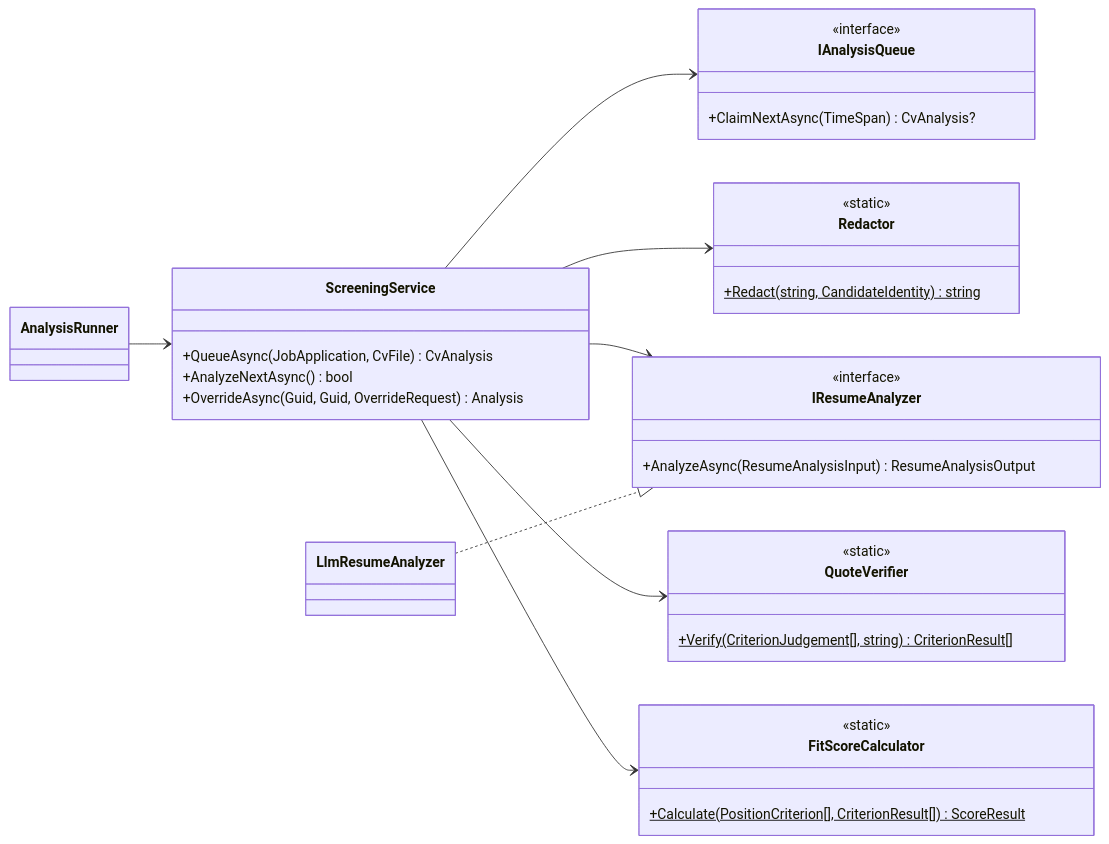
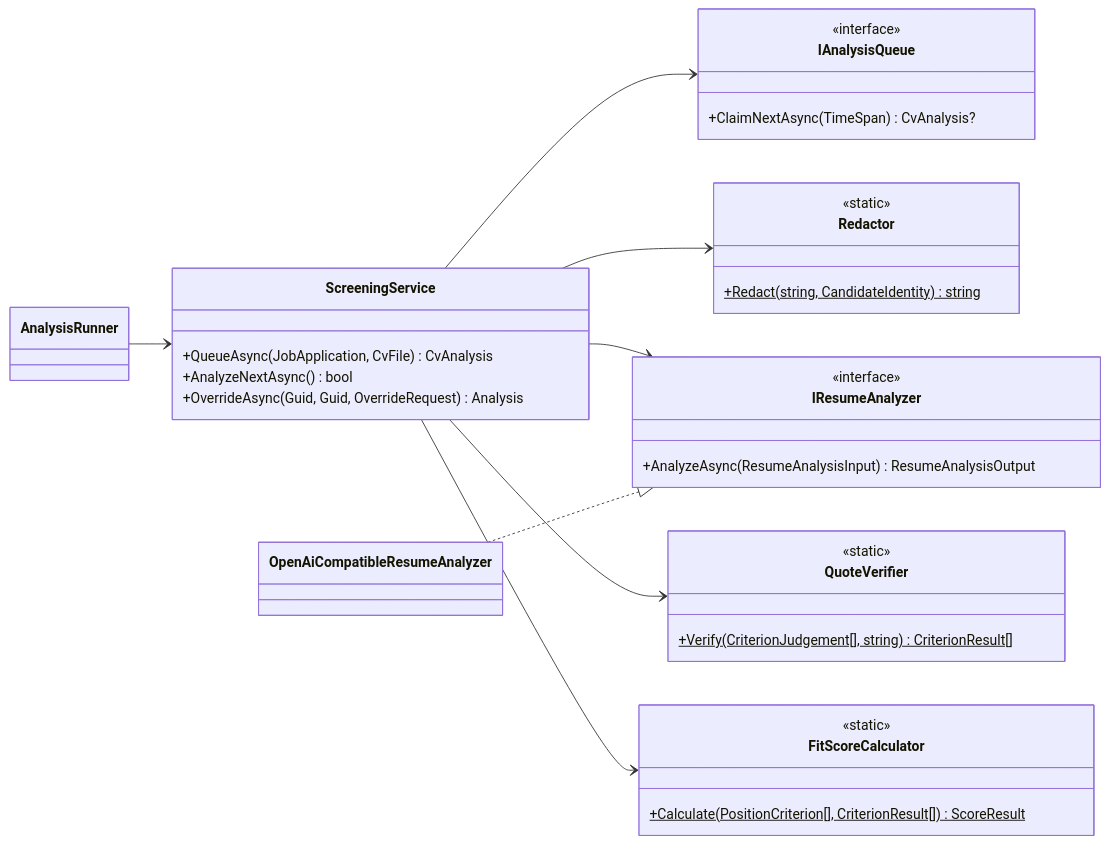
One commit to duongk18FPTU/recruitment-ats changed the seventh of 7 diagrams in README.md. Above: the diagram before and after it, drawn with Mermaid. The commit also changed other lines of this file and 3 other files, not shown here.

First line of the commit message:
Choose DeepSeek for development via one OpenAI-compatible AI adapter

````diff
--- a/README.md
+++ b/README.md
@@ -486,38 +488,38 @@
 ```mermaid
 classDiagram
     direction LR
     class ScreeningService {
         +QueueAsync(JobApplication, CvFile) CvAnalysis
         +AnalyzeNextAsync() bool
         +OverrideAsync(Guid, Guid, OverrideRequest) Analysis
     }
     class Redactor {
         <<static>>
         +Redact(string, CandidateIdentity)$ string
     }
     class QuoteVerifier {
         <<static>>
         +Verify(CriterionJudgement[], string)$ CriterionResult[]
     }
     class FitScoreCalculator {
         <<static>>
         +Calculate(PositionCriterion[], CriterionResult[])$ ScoreResult
     }
     class IResumeAnalyzer {
         <<interface>>
         +AnalyzeAsync(ResumeAnalysisInput) ResumeAnalysisOutput
     }
     class IAnalysisQueue {
         <<interface>>
         +ClaimNextAsync(TimeSpan) CvAnalysis?
     }
     class AnalysisRunner
-    class LlmResumeAnalyzer
+    class OpenAiCompatibleResumeAnalyzer
     AnalysisRunner --> ScreeningService
     ScreeningService --> IAnalysisQueue
     ScreeningService --> Redactor
     ScreeningService --> IResumeAnalyzer
     ScreeningService --> QuoteVerifier
     ScreeningService --> FitScoreCalculator
-    LlmResumeAnalyzer ..|> IResumeAnalyzer
+    OpenAiCompatibleResumeAnalyzer ..|> IResumeAnalyzer
 ```
````
